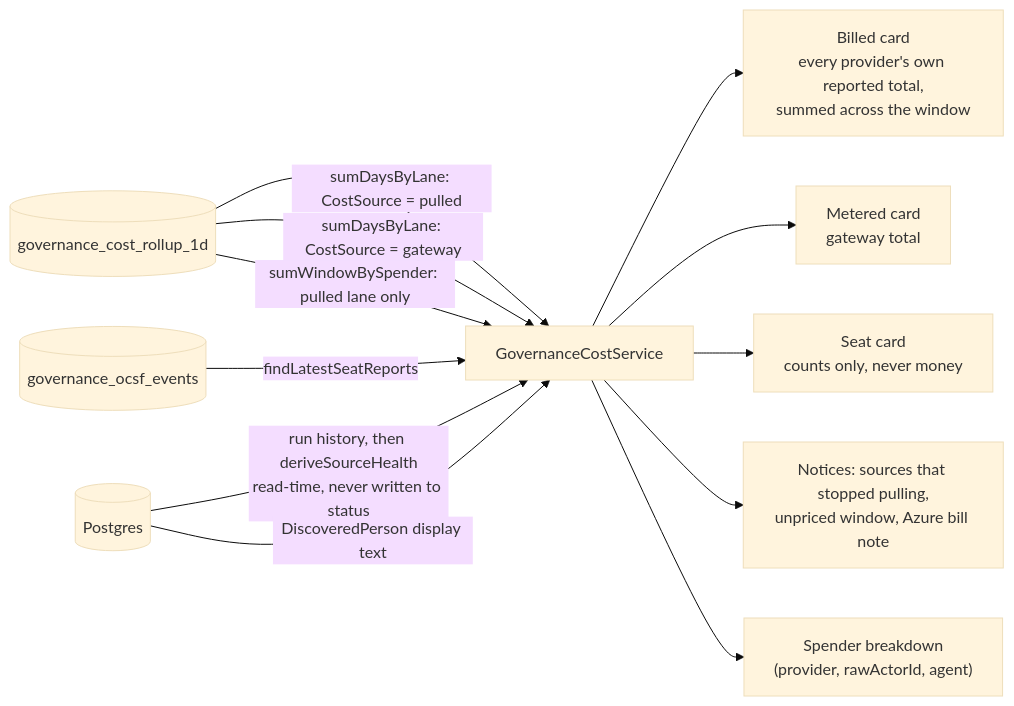
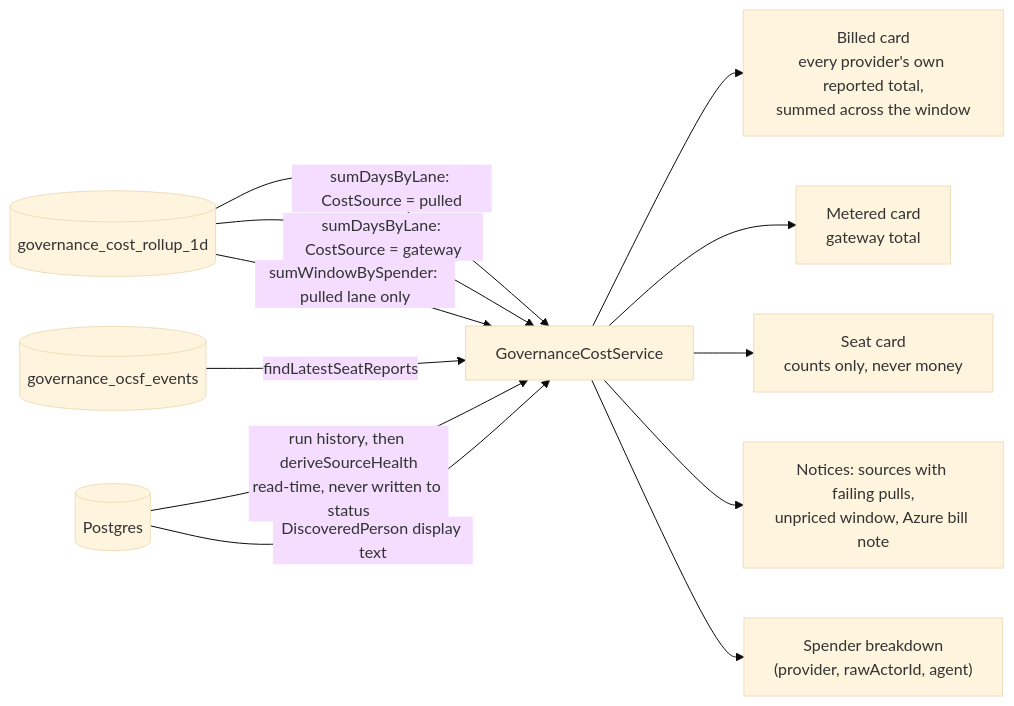
Before and after one commit to langwatch/langwatch: the second of 2 diagrams in dev/docs/adr/128-governance-cost-and-identity-two-waves.md, drawn with Mermaid (base theme). The commit also changed 3 other files, not shown here.

First line of the commit message:
docs(governance): call the notice failing pulls, and fix a spliced description

````diff
--- a/dev/docs/adr/128-governance-cost-and-identity-two-waves.md
+++ b/dev/docs/adr/128-governance-cost-and-identity-two-waves.md
@@ -293,24 +293,24 @@
 ```mermaid
 flowchart LR
   R[("governance_cost_rollup_1d")]
   OE[("governance_ocsf_events")]
   PG[("Postgres")]
   S["GovernanceCostService"]
   B["Billed card<br/>every provider's own reported total,<br/>summed across the window"]
   M["Metered card<br/>gateway total"]
   ST["Seat card<br/>counts only, never money"]
-  N["Notices: sources that stopped pulling,<br/>unpriced window, Azure bill note"]
+  N["Notices: sources with failing pulls,<br/>unpriced window, Azure bill note"]
   SP["Spender breakdown<br/>(provider, rawActorId, agent)"]
 
   R -->|"sumDaysByLane: CostSource = pulled"| S
   R -->|"sumDaysByLane: CostSource = gateway"| S
   R -->|"sumWindowBySpender: pulled lane only"| S
   OE -->|"findLatestSeatReports"| S
   PG -->|"run history, then deriveSourceHealth<br/>read-time, never written to status"| S
   PG -->|"DiscoveredPerson display text"| S
   S --> B
   S --> M
   S --> ST
   S --> N
   S --> SP
 ```
````
